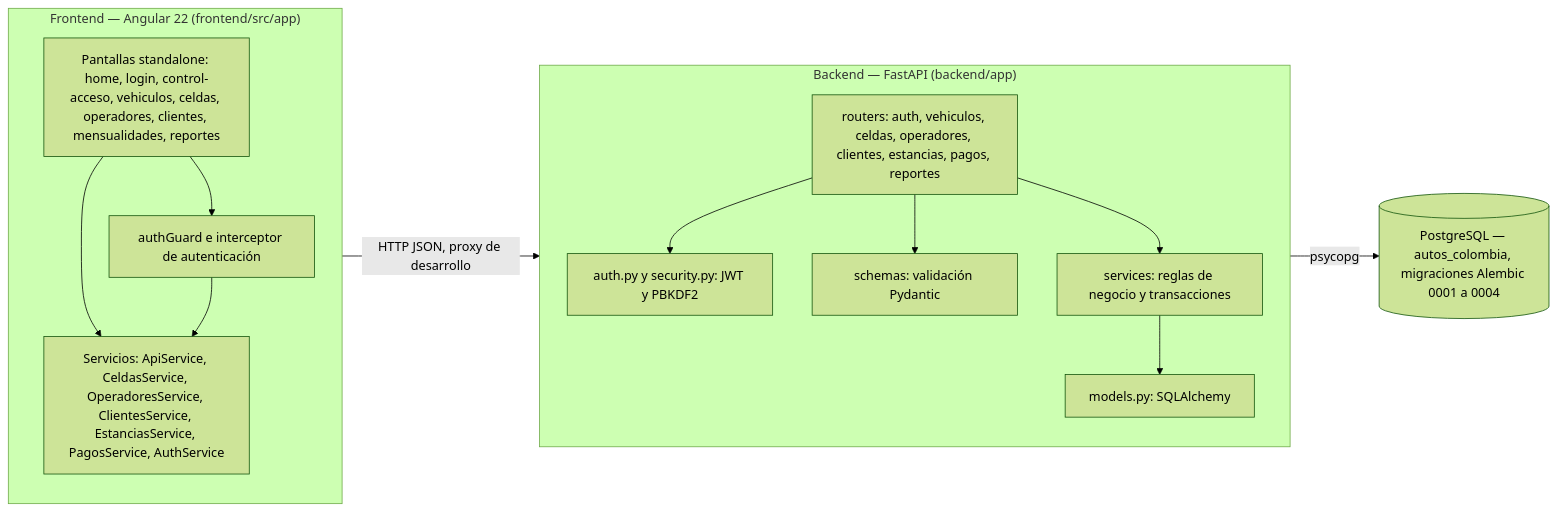
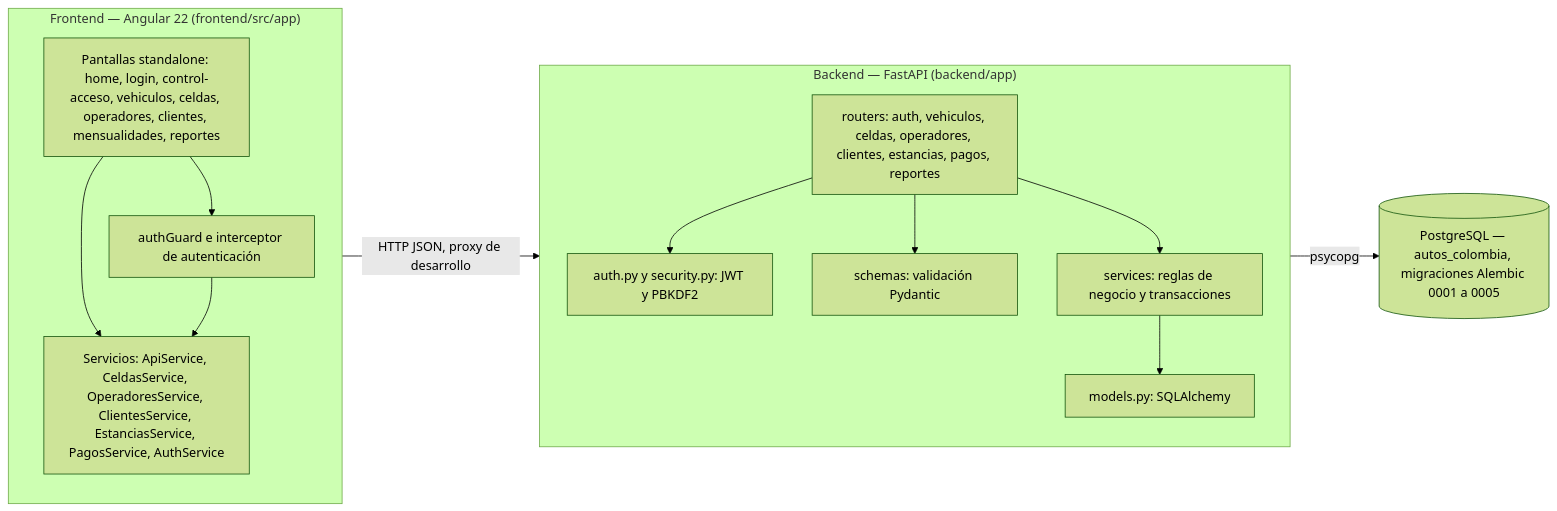
One commit to DanCarCo/AutosColombia changed diagram 14 of 14 in docs/04-diagramas.md. Above: the diagram before and after it, drawn with Mermaid (forest theme). The commit also changed other lines of this file and 6 other files, not shown here.

````diff
--- a/docs/04-diagramas.md
+++ b/docs/04-diagramas.md
@@ -443,27 +478,27 @@
 ```mermaid
 flowchart LR
     subgraph FE["Frontend — Angular 22 (frontend/src/app)"]
         direction TB
         pantallas["Pantallas standalone: home, login, control-acceso, vehiculos, celdas, operadores, clientes, mensualidades, reportes"]
         servicios["Servicios: ApiService, CeldasService, OperadoresService, ClientesService, EstanciasService, PagosService, AuthService"]
         seguridad["authGuard e interceptor de autenticación"]
         pantallas --> servicios
         pantallas --> seguridad
         seguridad --> servicios
     end
     subgraph BE["Backend — FastAPI (backend/app)"]
         direction TB
         routers["routers: auth, vehiculos, celdas, operadores, clientes, estancias, pagos, reportes"]
         auth["auth.py y security.py: JWT y PBKDF2"]
         services["services: reglas de negocio y transacciones"]
         schemas["schemas: validación Pydantic"]
         models["models.py: SQLAlchemy"]
         routers --> auth
         routers --> schemas
         routers --> services
         services --> models
     end
-    DB[("PostgreSQL — autos_colombia, migraciones Alembic 0001 a 0004")]
+    DB[("PostgreSQL — autos_colombia, migraciones Alembic 0001 a 0005")]
     FE -- "HTTP JSON, proxy de desarrollo" --> BE
     models -- "psycopg" --> DB
 ```
````
